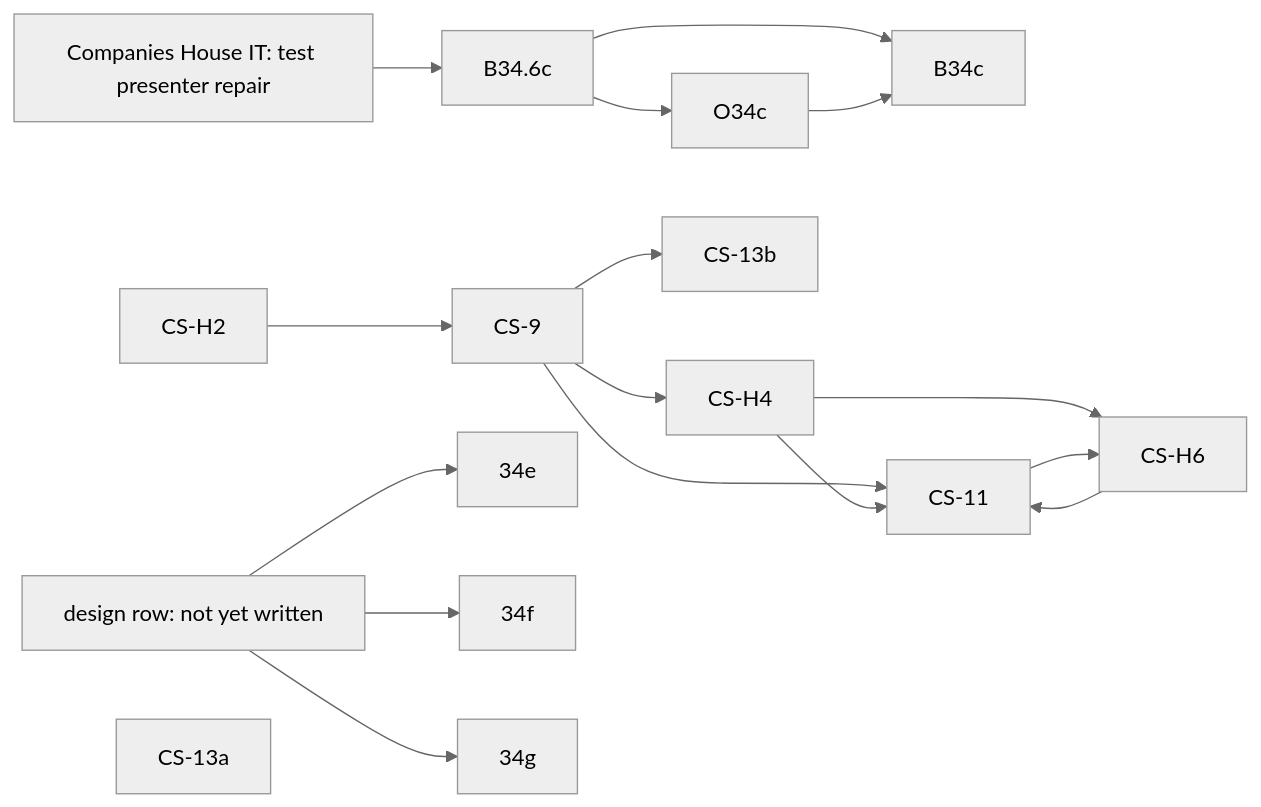
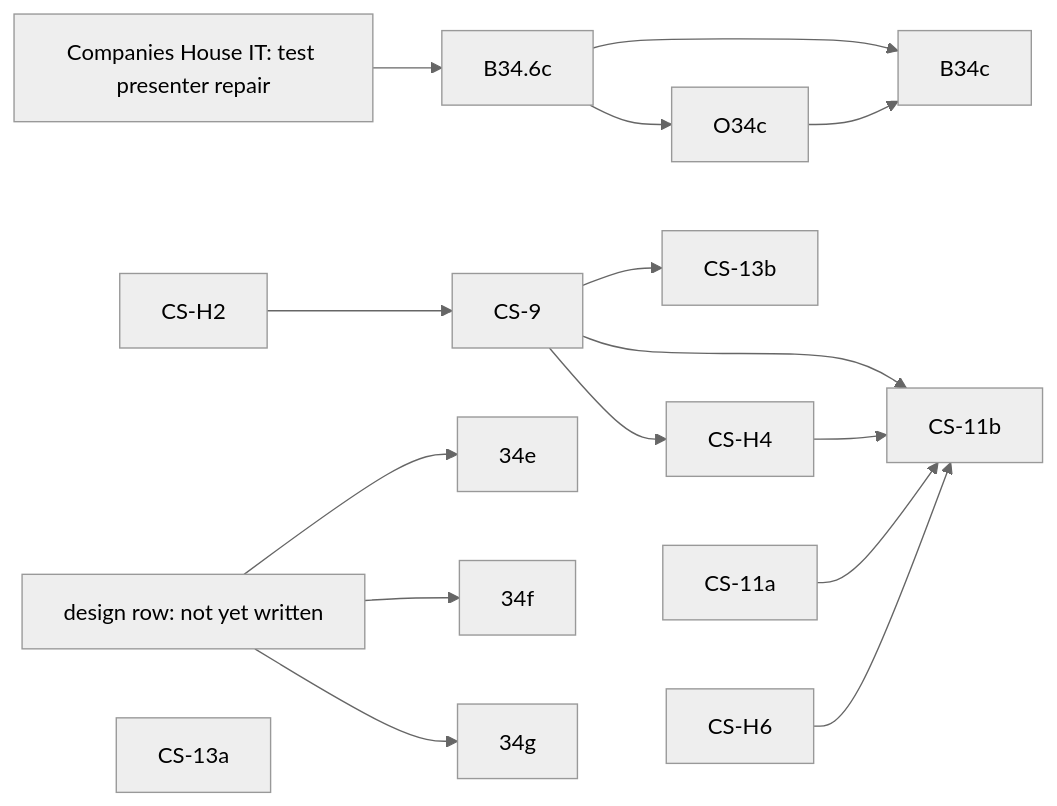
Before and after one commit to diy-accounting-uk/submit.diyaccounting.co.uk: the diagram in PLAN_COMPANIES_HOUSE.md, drawn with Mermaid (neutral theme). The commit also changed other lines of this file and 2 other files, not shown here.

````diff
--- a/PLAN_COMPANIES_HOUSE.md
+++ b/PLAN_COMPANIES_HOUSE.md
@@ -42,19 +42,18 @@
 ```mermaid
 flowchart LR
     CHIT[Companies House IT: test presenter repair] --> B346c[B34.6c]
     B346c --> O34c
     B346c --> B34c
     O34c --> B34c
     CSH2[CS-H2] --> CS9[CS-9]
     CS9 --> CSH4[CS-H4]
     CS9 --> CS13b[CS-13b]
-    CS9 --> CS11[CS-11]
-    CSH4 --> CS11
-    CSH4 --> CSH6[CS-H6]
-    CS11 --> CSH6
-    CSH6 --> CS11
+    CS9 --> CS11b[CS-11b]
+    CSH4 --> CS11b
+    CS11a[CS-11a] --> CS11b
+    CSH6[CS-H6] --> CS11b
     Design[design row: not yet written] --> Row34e[34e]
     Design --> Row34f[34f]
     Design --> Row34g[34g]
     CS13a[CS-13a]
 ```
````
